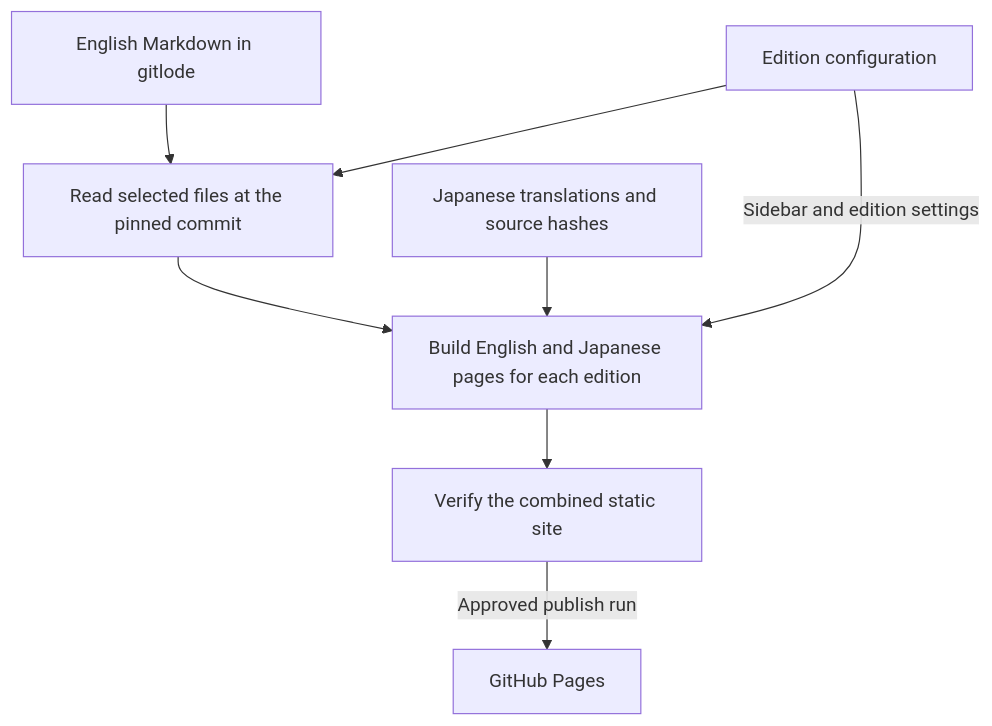
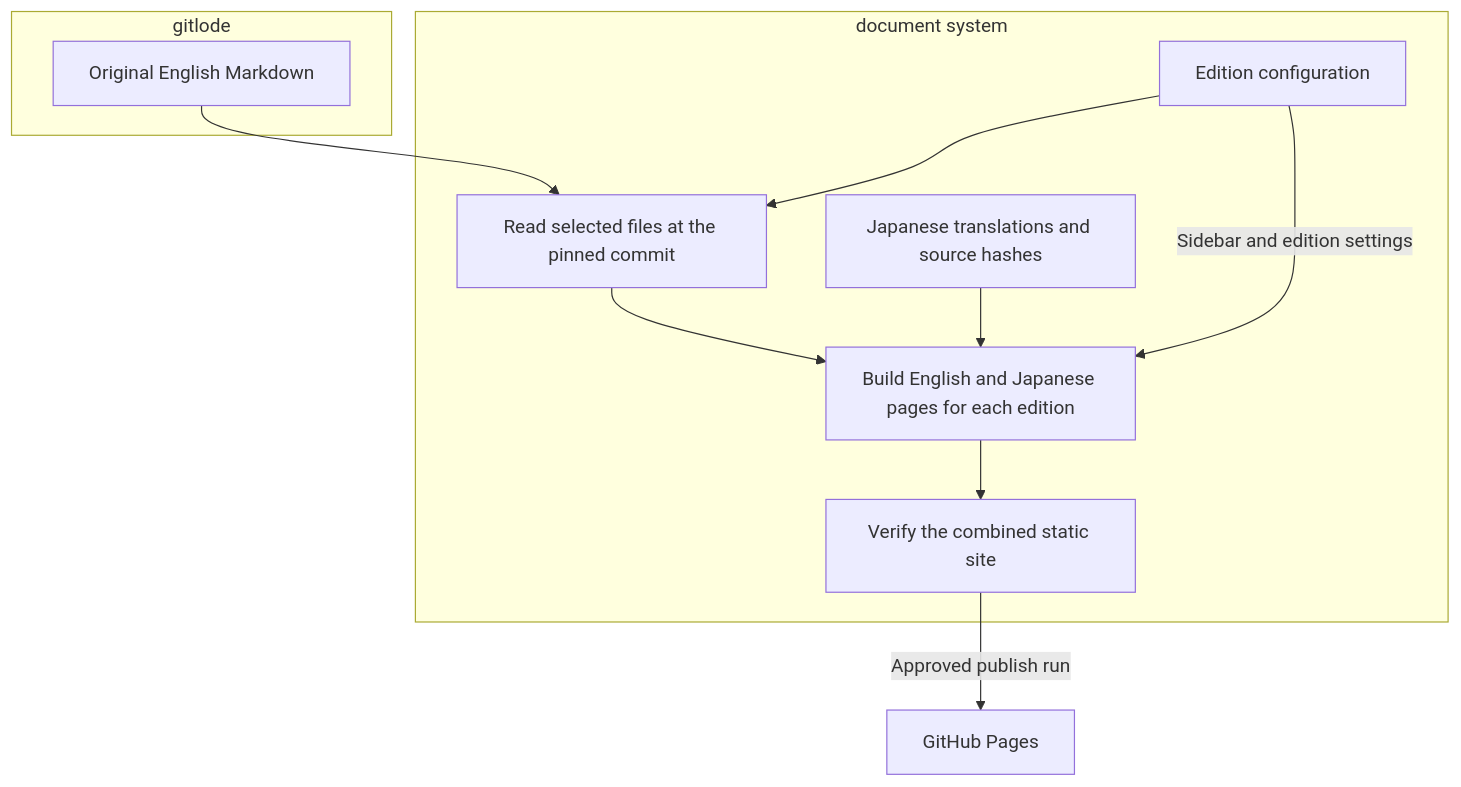
Before and after one commit to gitlode/docs: the diagram in docs/overview.md, drawn with Mermaid.

Commit message:
docs: modify diagram

````diff
--- a/docs/overview.md
+++ b/docs/overview.md
@@ -11,10 +11,22 @@
 ```mermaid
 flowchart TD
-    upstream["English Markdown in gitlode"] --> stage["Read selected files at the pinned commit"]
-    config["Edition configuration"] --> stage
-    stage --> build["Build English and Japanese pages for each edition"]
-    translations["Japanese translations and source hashes"] --> build
+    subgraph gitlode
+        upstream["Original English Markdown"]
+    end
+
+    subgraph doc["document system"]
+        stage["Read selected files at the pinned commit"]
+        config["Edition configuration"]
+        build["Build English and Japanese pages for each edition"]
+        translations["Japanese translations and source hashes"]
+        verify["Verify the combined static site"]
+    end
+
+    upstream --> stage
+    config --> stage
+    stage --> build
+    translations --> build
     config -->|Sidebar and edition settings| build
-    build --> verify["Verify the combined static site"]
+    build --> verify
     verify -->|Approved publish run| pages["GitHub Pages"]
 ```
````
